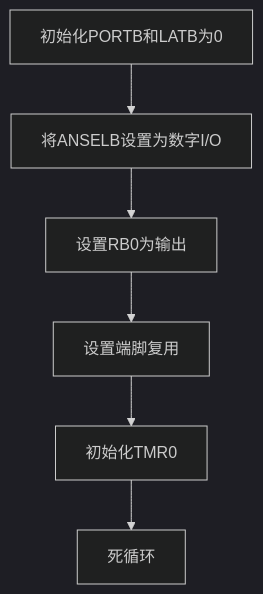
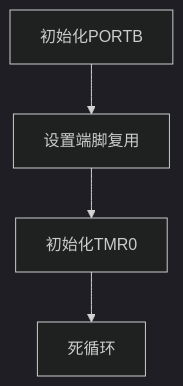
Before and after one commit to sanchuanhehe/f18854.X: the first of 2 diagrams in pre.md, drawn with Mermaid (dark theme). The commit also changed other lines of this file and 1 other file, not shown here.

Commit message:
docs: 更新pre.md，添加定时器闪烁逻辑实现

````diff
--- a/pre.md
+++ b/pre.md
@@ -49,8 +49,6 @@
 ```mermaid
 graph TB
-    A[初始化PORTB和LATB为0] --> B[将ANSELB设置为数字I/O]
-    B --> C[设置RB0为输出]
-    C --> D[设置端脚复用]
+    A[初始化PORTB] --> D[设置端脚复用]
     D --> E[初始化TMR0]
     E --> F[死循环]
 ```
````
